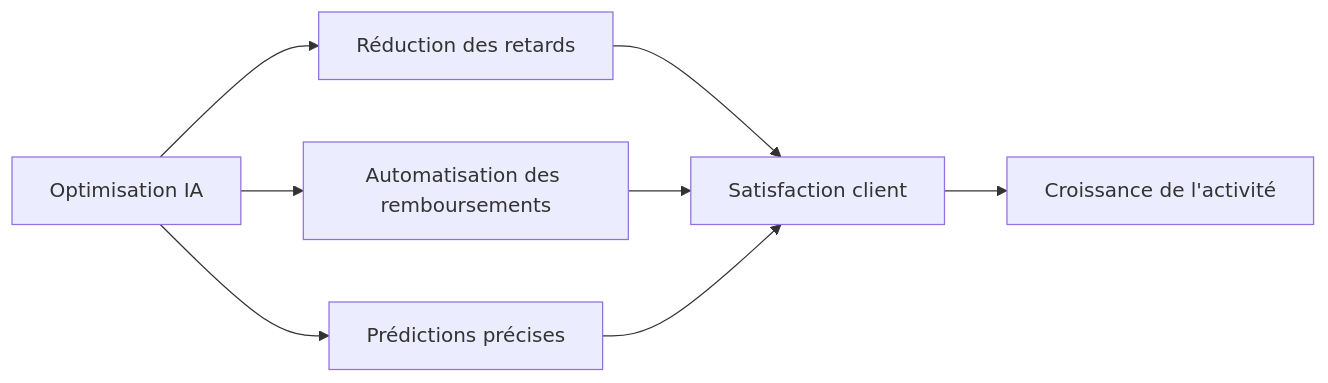
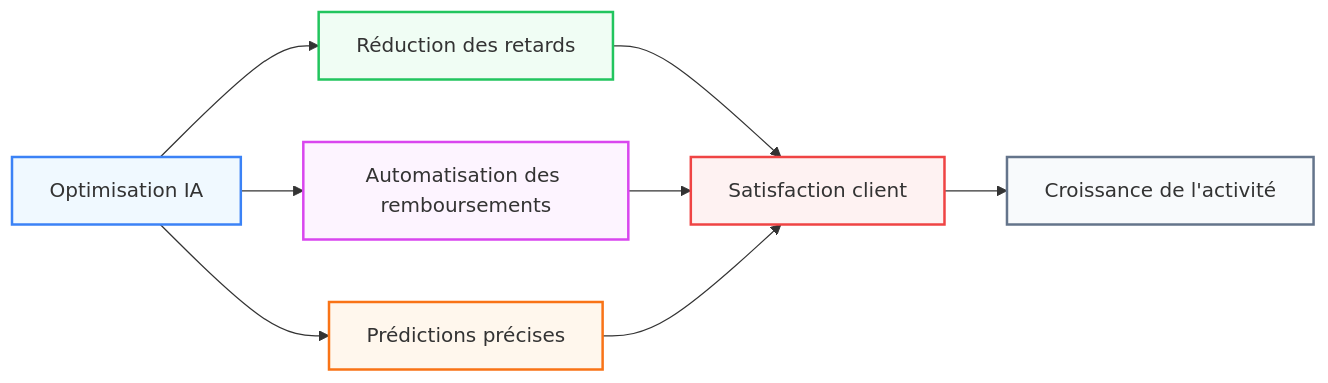
Before and after one commit to POWLAIR/Presentation-Full-IA: the second of 2 diagrams in slides.md, drawn with Mermaid. The commit also changed other lines of this file, not shown here.

````diff
--- a/slides.md
+++ b/slides.md
@@ -300,10 +836,17 @@
 ```mermaid {theme: 'neutral', scale: 0.8}
 graph LR
     A[Optimisation IA] --> B[Réduction des retards]
     A --> C[Automatisation des remboursements]
     A --> D[Prédictions précises]
     B --> E[Satisfaction client]
     C --> E
     D --> E
     E --> F[Croissance de l'activité]
+    
+    style A fill:#f0f9ff,stroke:#3b82f6,stroke-width:2px
+    style B fill:#f0fdf4,stroke:#22c55e,stroke-width:2px
+    style C fill:#fdf4ff,stroke:#d946ef,stroke-width:2px
+    style D fill:#fff7ed,stroke:#f97316,stroke-width:2px
+    style E fill:#fef2f2,stroke:#ef4444,stroke-width:2px
+    style F fill:#f8fafc,stroke:#64748b,stroke-width:2px
 ```
````
